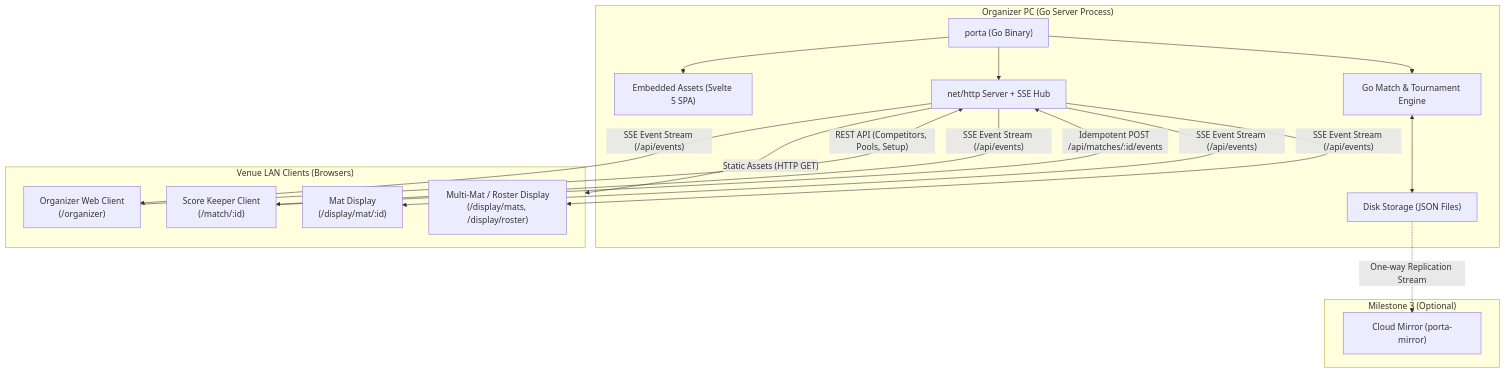
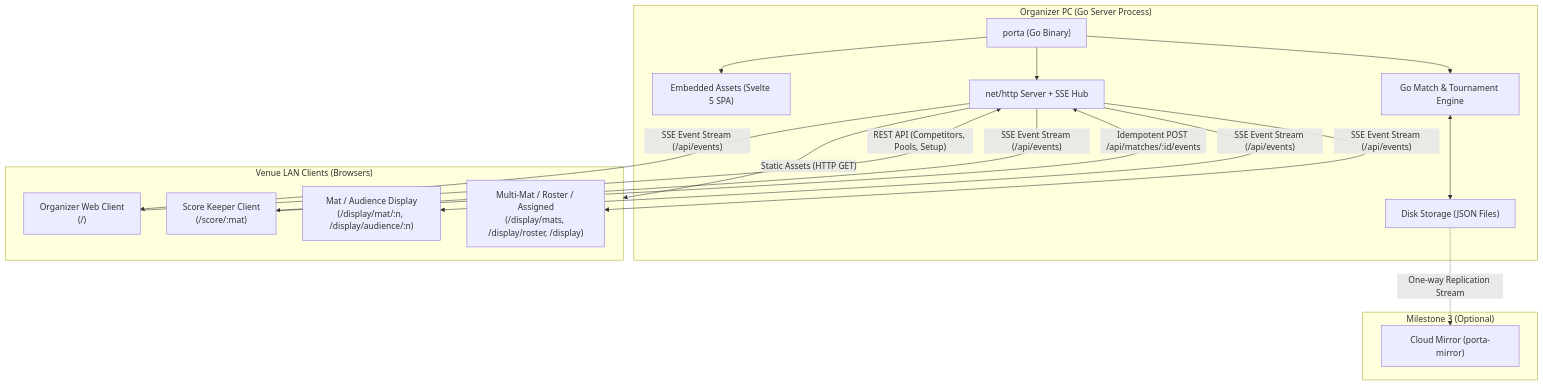
The first of 6 diagrams in docs/architecture.md (fylke/porta-di-ferro), drawn with Mermaid before and after one commit. The commit also changed other lines of this file and 14 other files, not shown here.

````diff
--- a/docs/architecture.md
+++ b/docs/architecture.md
@@ -11,35 +11,35 @@
 ```mermaid
 flowchart TB
     subgraph Host["Organizer PC (Go Server Process)"]
         Binary["porta (Go Binary)"]
         StaticFS["Embedded Assets (Svelte 5 SPA)"]
         Store["Disk Storage (JSON Files)"]
         EngineGo["Go Match & Tournament Engine"]
         HTTPRouter["net/http Server + SSE Hub"]
 
         Binary --> StaticFS
         Binary --> EngineGo
         Binary --> HTTPRouter
         EngineGo <--> Store
     end
 
     subgraph Clients["Venue LAN Clients (Browsers)"]
-        OrgUI["Organizer Web Client\n(/organizer)"]
-        ScoreUI["Score Keeper Client\n(/match/:id)"]
-        DisplaySingle["Mat Display\n(/display/mat/:id)"]
-        DisplayMulti["Multi-Mat / Roster Display\n(/display/mats, /display/roster)"]
+        OrgUI["Organizer Web Client\n(/)"]
+        ScoreUI["Score Keeper Client\n(/score/:mat)"]
+        DisplaySingle["Mat / Audience Display\n(/display/mat/:n, /display/audience/:n)"]
+        DisplayMulti["Multi-Mat / Roster / Assigned\n(/display/mats, /display/roster, /display)"]
     end
 
     subgraph CloudTarget["Milestone 3 (Optional)"]
         Mirror["Cloud Mirror (porta-mirror)"]
     end
 
     HTTPRouter -- "Static Assets (HTTP GET)" --> Clients
     ScoreUI -- "Idempotent POST /api/matches/:id/events" --> HTTPRouter
     OrgUI -- "REST API (Competitors, Pools, Setup)" --> HTTPRouter
     HTTPRouter -- "SSE Event Stream (/api/events)" --> ScoreUI
     HTTPRouter -- "SSE Event Stream (/api/events)" --> OrgUI
     HTTPRouter -- "SSE Event Stream (/api/events)" --> DisplaySingle
     HTTPRouter -- "SSE Event Stream (/api/events)" --> DisplayMulti
     Store -. "One-way Replication Stream" .-> Mirror
 ```
````
